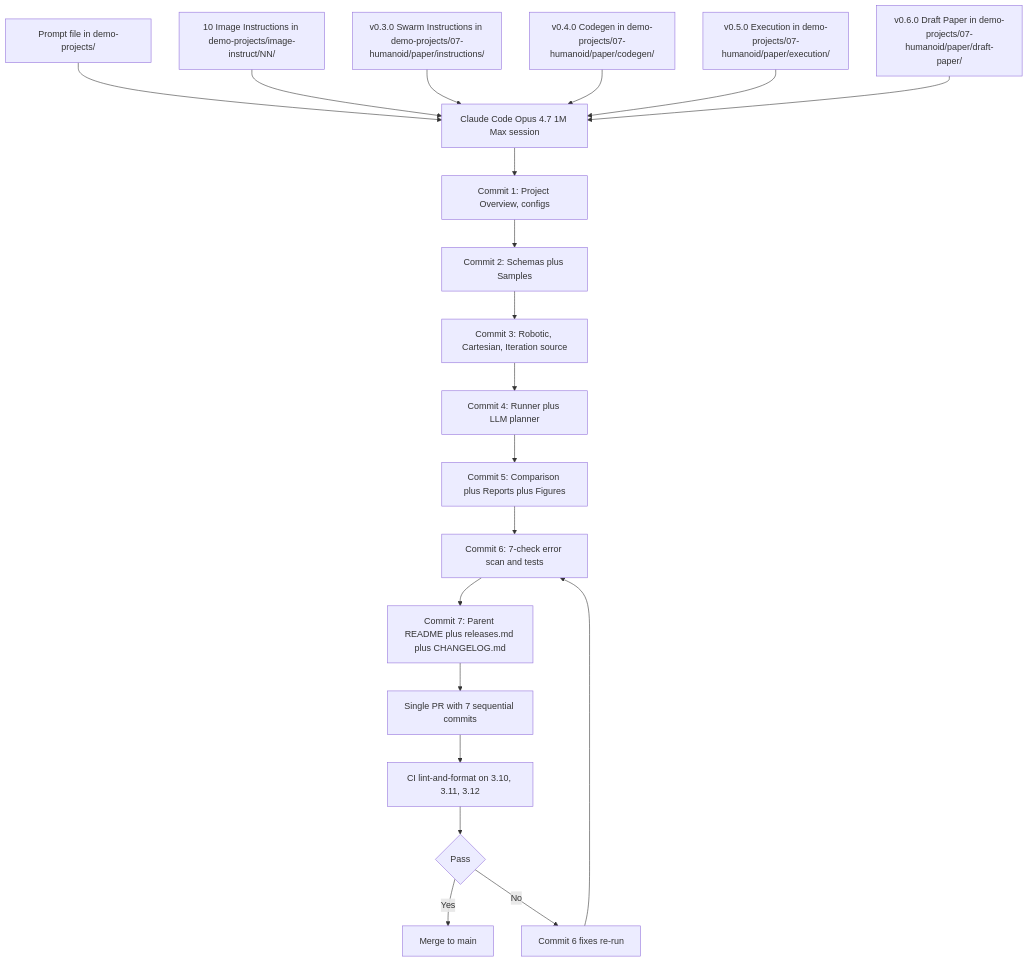
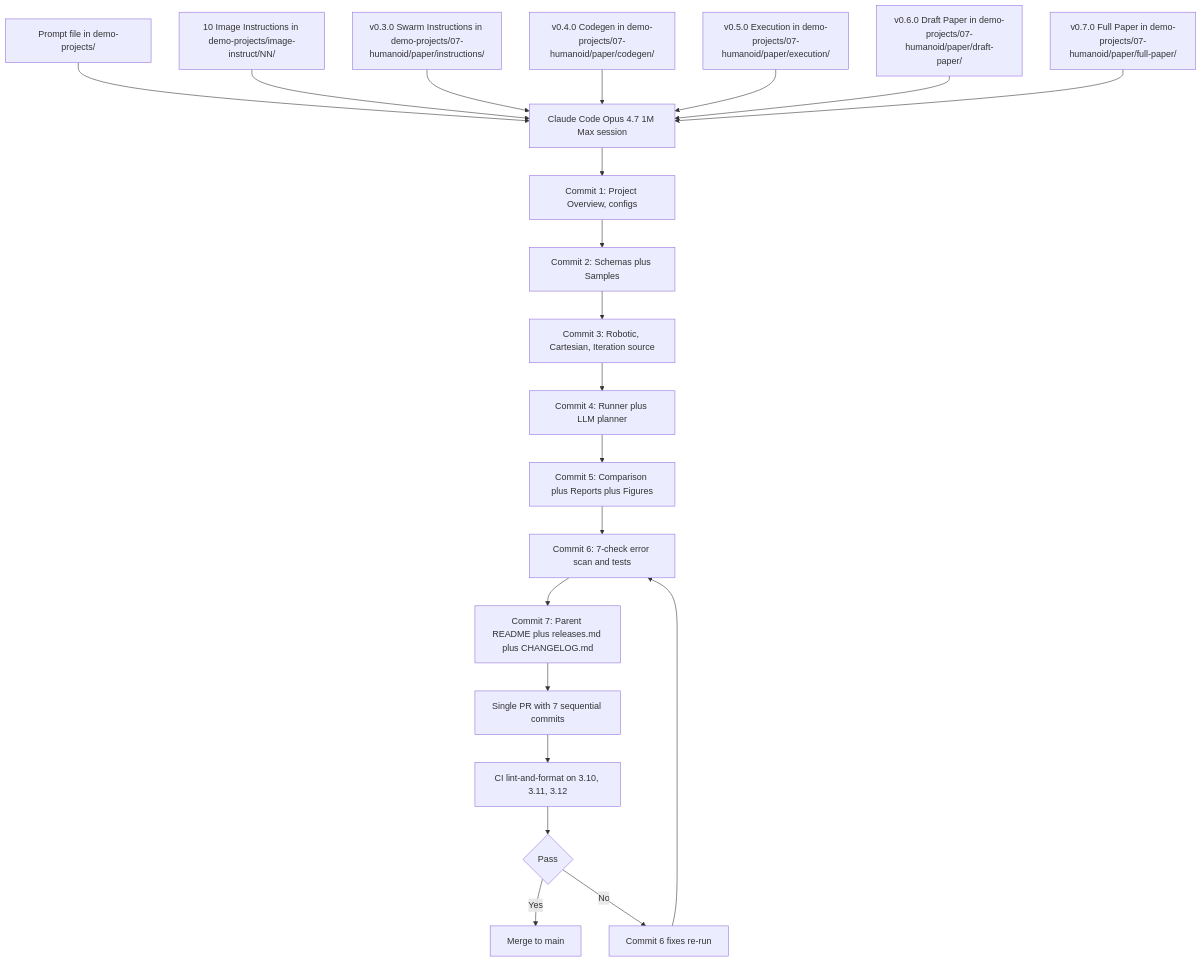
The second of 2 diagrams in README.md (kevinkawchak/Clinical-AI-Demos), drawn with Mermaid before and after one commit. The commit also changed other lines of this file and 4 other files, not shown here.

First line of the commit message:
v0.7.0 repository updates for the full paper LaTeX expansion

````diff
--- a/README.md
+++ b/README.md
@@ -273,22 +300,23 @@
 ```mermaid
 flowchart TB
   P[Prompt file in demo-projects/] --> CC[Claude Code Opus 4.7 1M Max session]
   II[10 Image Instructions in demo-projects/image-instruct/NN/] --> CC
   SW[v0.3.0 Swarm Instructions in demo-projects/07-humanoid/paper/instructions/] --> CC
   CG[v0.4.0 Codegen in demo-projects/07-humanoid/paper/codegen/] --> CC
   EX[v0.5.0 Execution in demo-projects/07-humanoid/paper/execution/] --> CC
   DRP[v0.6.0 Draft Paper in demo-projects/07-humanoid/paper/draft-paper/] --> CC
+  FP[v0.7.0 Full Paper in demo-projects/07-humanoid/paper/full-paper/] --> CC
   CC --> R1[Commit 1: Project Overview, configs]
   R1 --> R2[Commit 2: Schemas plus Samples]
   R2 --> R3[Commit 3: Robotic, Cartesian, Iteration source]
   R3 --> R4[Commit 4: Runner plus LLM planner]
   R4 --> R5[Commit 5: Comparison plus Reports plus Figures]
   R5 --> R6[Commit 6: 7-check error scan and tests]
   R6 --> R7[Commit 7: Parent README plus releases.md plus CHANGELOG.md]
   R7 --> PR[Single PR with 7 sequential commits]
   PR --> CI[CI lint-and-format on 3.10, 3.11, 3.12]
   CI --> M{Pass}
   M -->|Yes| MR[Merge to main]
   M -->|No| FX[Commit 6 fixes re-run]
   FX --> R6
 ```
````
